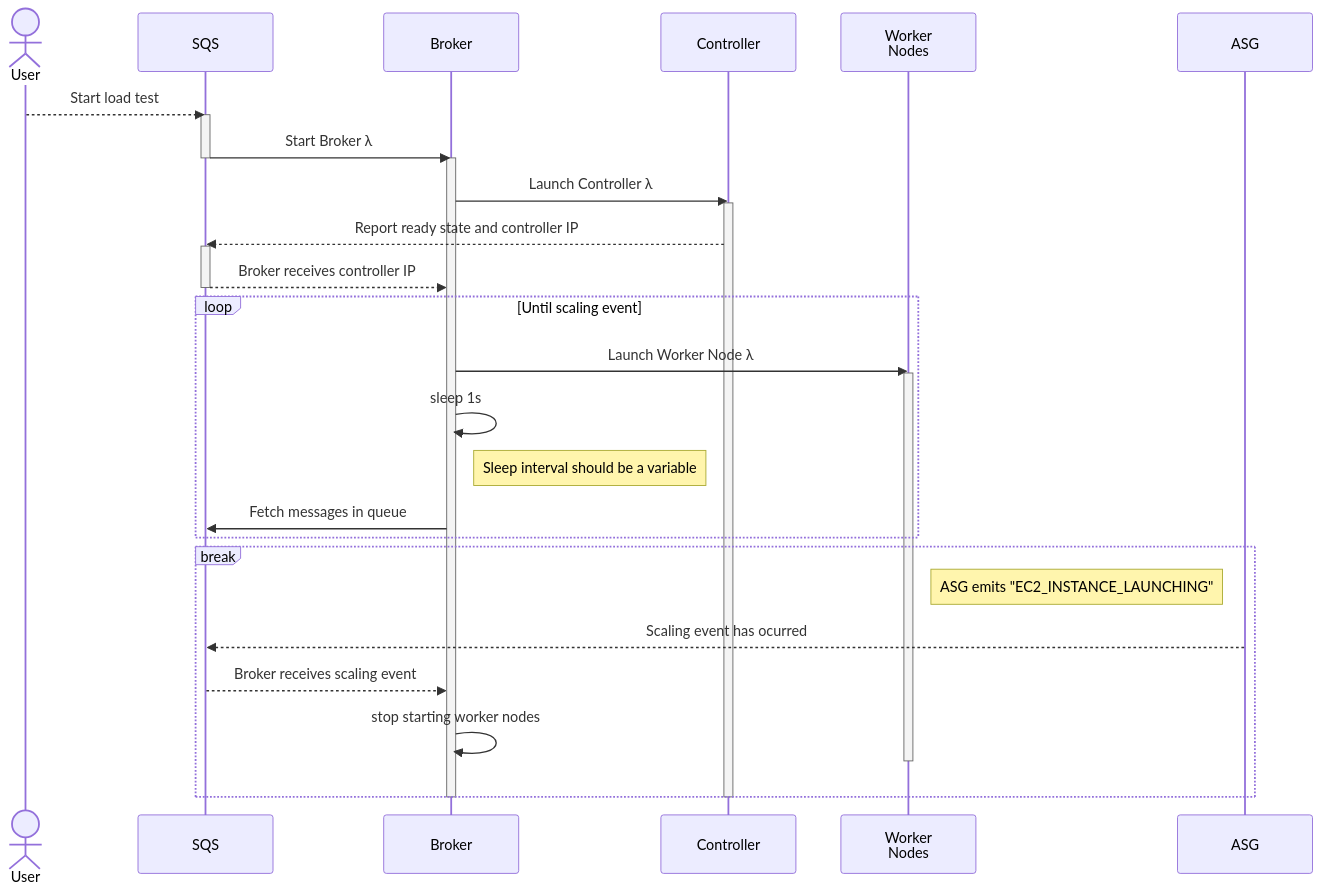
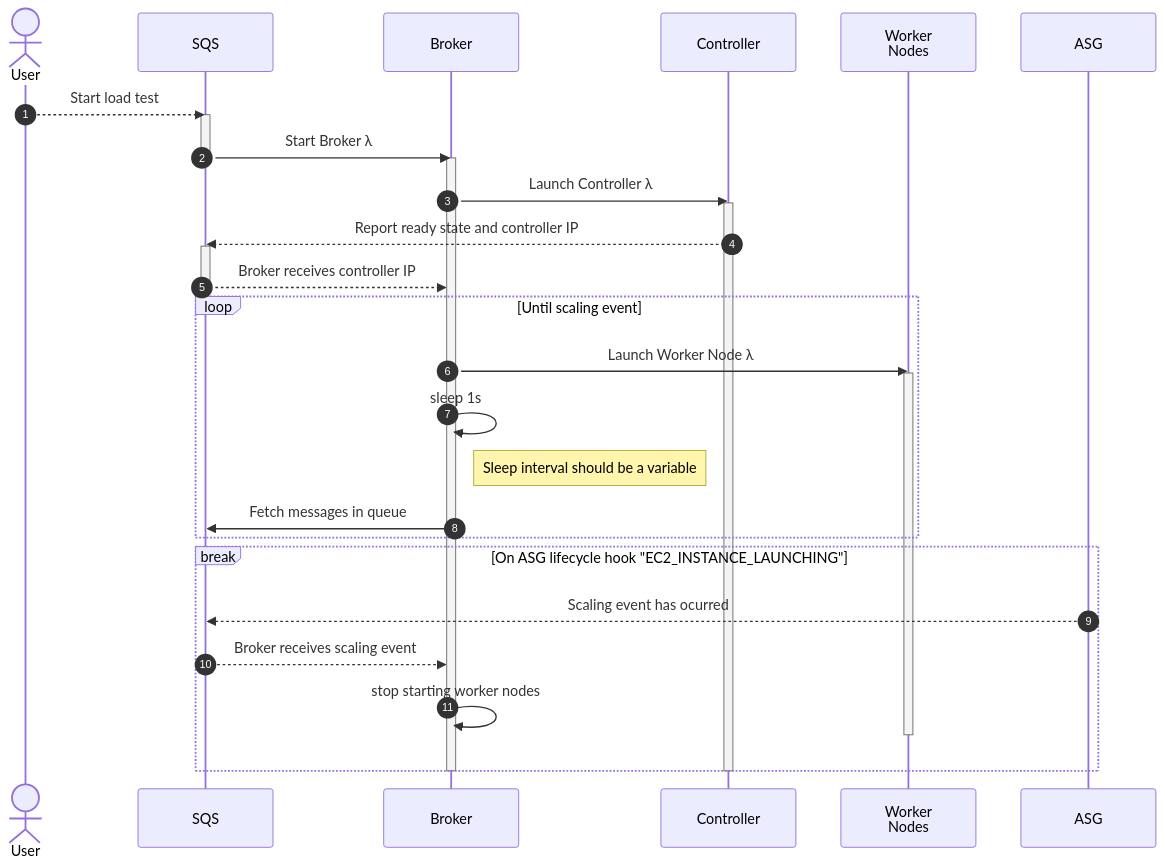
The diagram in apps/utils/locust_tests/lambda/server-load/README.md (CMSgov/beneficiary-fhir-data), drawn with Mermaid before and after one commit. The commit also changed 1 other file, not shown here.

Commit message:
Add to broker lambda

````diff
--- a/apps/utils/locust_tests/lambda/server-load/README.md
+++ b/apps/utils/locust_tests/lambda/server-load/README.md
@@ -1,36 +1,36 @@
 ```mermaid
 sequenceDiagram
+    autonumber
     actor u as User
     participant sqs as SQS
     participant b as Broker
     participant c as Controller
     participant n AS Worker<br />Nodes
     participant asg as ASG
     u -->> sqs: Start load test
     activate sqs
     sqs ->> b: Start Broker #lambda;
     deactivate sqs
     activate b
     b ->> c: Launch Controller #lambda;
     activate c
     c -->> sqs: Report ready state and controller IP
     activate sqs
     sqs -->> b: Broker receives controller IP
     deactivate sqs
     loop Until scaling event
         b ->> n: Launch Worker Node #lambda;
         activate n
         b ->> b: sleep 1s
         Note right of b: Sleep interval should be a variable
         b ->> sqs: Fetch messages in queue
     end
-    break
-        Note left of asg: ASG emits "EC2_INSTANCE_LAUNCHING"
+    break On ASG lifecycle hook "EC2_INSTANCE_LAUNCHING"
         asg -->> sqs: Scaling event has ocurred
         sqs -->> b: Broker receives scaling event
         b ->> b: stop starting worker nodes
         deactivate n
     end
     deactivate c
     deactivate b
 ```
````
